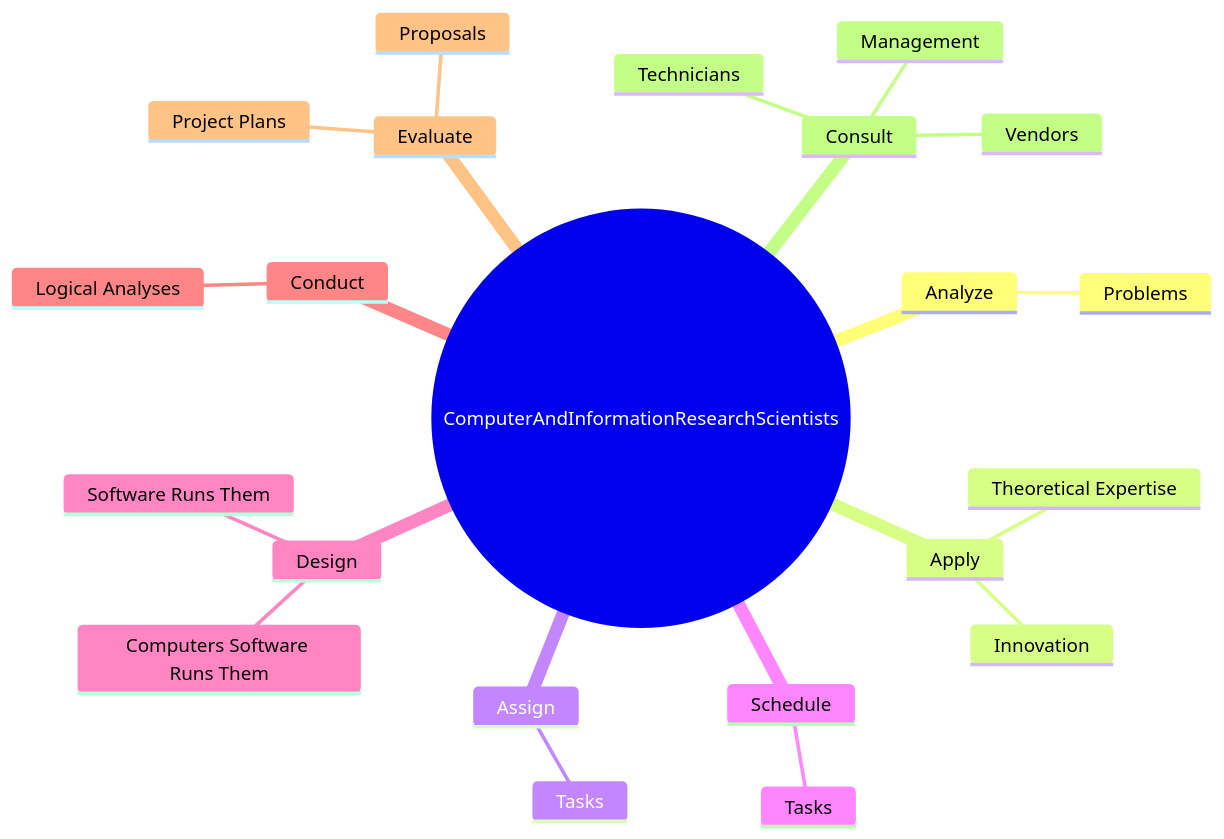
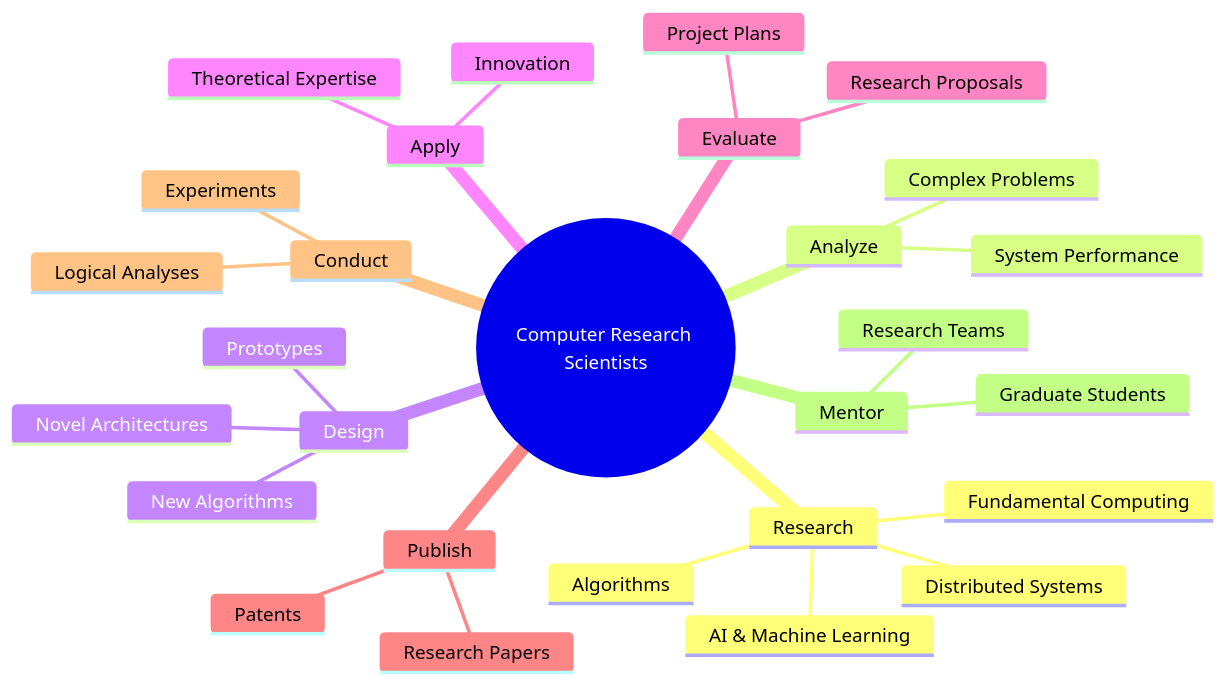
Before and after one commit to kziemski/business.org.ai: the second of 4 diagrams in occupations/Technology/ComputerAndInformationResearchScientists.mdx, drawn with Mermaid. The commit also changed other lines of this file and 938 other files, not shown here.

````diff
--- a/occupations/Technology/ComputerAndInformationResearchScientists.mdx
+++ b/occupations/Technology/ComputerAndInformationResearchScientists.mdx
@@ -37,25 +45,31 @@
 ```mermaid
 mindmap
-    root(("ComputerAndInformationResearchScientists"))
+    root(("Computer Research Scientists"))
+        Research
+            Fundamental Computing
+            AI & Machine Learning
+            Algorithms
+            Distributed Systems
         Analyze
-            Problems
+            Complex Problems
+            System Performance
+        Design
+            Novel Architectures
+            New Algorithms
+            Prototypes
         Apply
             Theoretical Expertise
             Innovation
-        Assign
-            Tasks
-        Schedule
-            Tasks
-        Design
-            Computers Software Runs Them
-            Software Runs Them
-        Conduct
-            Logical Analyses
         Evaluate
             Project Plans
-            Proposals
-        Consult
-            Management
-            Vendors
-            Technicians
+            Research Proposals
+        Publish
+            Research Papers
+            Patents
+        Conduct
+            Experiments
+            Logical Analyses
+        Mentor
+            Research Teams
+            Graduate Students
 ```
````
